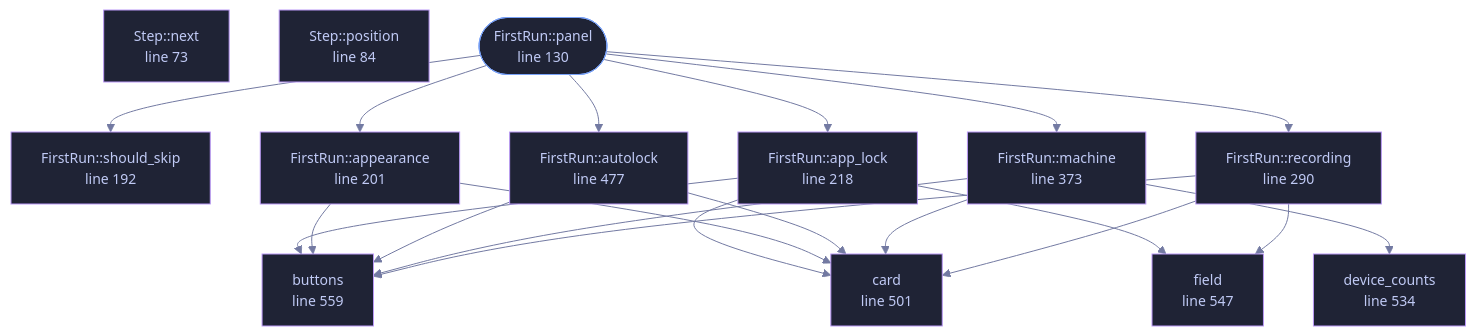
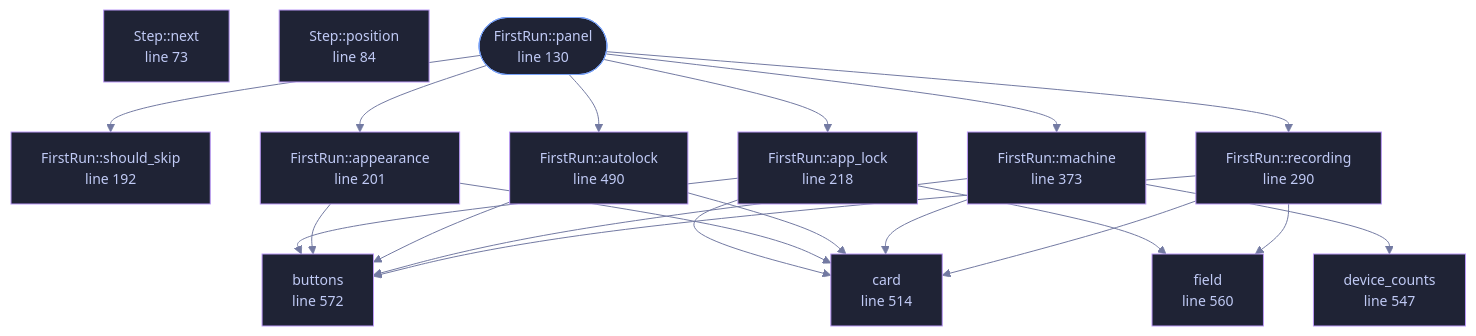
One commit to tilas01/veilvoice changed the diagram in docs/files/veilvoice-gui/firstrun.md. Above: the diagram before and after it, drawn with Mermaid. The commit also changed other lines of this file and 72 other files, not shown here.

First line of the commit message:
The first run asks this machine rather than opening on constants

````diff
--- a/docs/files/veilvoice-gui/firstrun.md
+++ b/docs/files/veilvoice-gui/firstrun.md
@@ -99,53 +99,53 @@
 ```mermaid
 %%{init: {"theme":"base","themeVariables":{"background":"#1a1b26","primaryColor":"#1f2335","primaryTextColor":"#c0caf5","primaryBorderColor":"#7aa2f7","secondaryColor":"#16161e","tertiaryColor":"#16161e","lineColor":"#737aa2","textColor":"#c0caf5","mainBkg":"#1f2335","nodeBorder":"#7aa2f7","clusterBkg":"#16161e","clusterBorder":"#2f3549","fontFamily":"ui-monospace, SFMono-Regular, Consolas, monospace","fontSize":"14px"}}}%%
 flowchart TD
     n_next["Step::next<br/>line 73"]
     n_position["Step::position<br/>line 84"]
     n_panel(["FirstRun::panel<br/>line 130"])
     n_should_skip["FirstRun::should_skip<br/>line 192"]
     n_appearance["FirstRun::appearance<br/>line 201"]
     n_app_lock["FirstRun::app_lock<br/>line 218"]
     n_recording["FirstRun::recording<br/>line 290"]
     n_machine["FirstRun::machine<br/>line 373"]
-    n_autolock["FirstRun::autolock<br/>line 477"]
-    n_card["card<br/>line 501"]
-    n_device_counts["device_counts<br/>line 534"]
-    n_field["field<br/>line 547"]
-    n_buttons["buttons<br/>line 559"]
+    n_autolock["FirstRun::autolock<br/>line 490"]
+    n_card["card<br/>line 514"]
+    n_device_counts["device_counts<br/>line 547"]
+    n_field["field<br/>line 560"]
+    n_buttons["buttons<br/>line 572"]
     n_app_lock --> n_buttons
     n_app_lock --> n_card
     n_app_lock --> n_field
     n_appearance --> n_buttons
     n_appearance --> n_card
     n_autolock --> n_buttons
     n_autolock --> n_card
     n_machine --> n_buttons
     n_machine --> n_card
     n_machine --> n_device_counts
     n_panel --> n_app_lock
     n_panel --> n_appearance
     n_panel --> n_autolock
     n_panel --> n_machine
     n_panel --> n_recording
     n_panel --> n_should_skip
     n_recording --> n_buttons
     n_recording --> n_card
     n_recording --> n_field
     click n_next href "https://github.com/tilas01/veilvoice/blob/main/crates/veilvoice-gui/src/firstrun.rs#L73" "open the source"
     click n_position href "https://github.com/tilas01/veilvoice/blob/main/crates/veilvoice-gui/src/firstrun.rs#L84" "open the source"
     click n_panel href "https://github.com/tilas01/veilvoice/blob/main/crates/veilvoice-gui/src/firstrun.rs#L130" "open the source"
     click n_should_skip href "https://github.com/tilas01/veilvoice/blob/main/crates/veilvoice-gui/src/firstrun.rs#L192" "open the source"
     click n_appearance href "https://github.com/tilas01/veilvoice/blob/main/crates/veilvoice-gui/src/firstrun.rs#L201" "open the source"
     click n_app_lock href "https://github.com/tilas01/veilvoice/blob/main/crates/veilvoice-gui/src/firstrun.rs#L218" "open the source"
     click n_recording href "https://github.com/tilas01/veilvoice/blob/main/crates/veilvoice-gui/src/firstrun.rs#L290" "open the source"
     click n_machine href "https://github.com/tilas01/veilvoice/blob/main/crates/veilvoice-gui/src/firstrun.rs#L373" "open the source"
-    click n_autolock href "https://github.com/tilas01/veilvoice/blob/main/crates/veilvoice-gui/src/firstrun.rs#L477" "open the source"
-    click n_card href "https://github.com/tilas01/veilvoice/blob/main/crates/veilvoice-gui/src/firstrun.rs#L501" "open the source"
-    click n_device_counts href "https://github.com/tilas01/veilvoice/blob/main/crates/veilvoice-gui/src/firstrun.rs#L534" "open the source"
-    click n_field href "https://github.com/tilas01/veilvoice/blob/main/crates/veilvoice-gui/src/firstrun.rs#L547" "open the source"
-    click n_buttons href "https://github.com/tilas01/veilvoice/blob/main/crates/veilvoice-gui/src/firstrun.rs#L559" "open the source"
+    click n_autolock href "https://github.com/tilas01/veilvoice/blob/main/crates/veilvoice-gui/src/firstrun.rs#L490" "open the source"
+    click n_card href "https://github.com/tilas01/veilvoice/blob/main/crates/veilvoice-gui/src/firstrun.rs#L514" "open the source"
+    click n_device_counts href "https://github.com/tilas01/veilvoice/blob/main/crates/veilvoice-gui/src/firstrun.rs#L547" "open the source"
+    click n_field href "https://github.com/tilas01/veilvoice/blob/main/crates/veilvoice-gui/src/firstrun.rs#L560" "open the source"
+    click n_buttons href "https://github.com/tilas01/veilvoice/blob/main/crates/veilvoice-gui/src/firstrun.rs#L572" "open the source"
     classDef entry fill:#1f2335,stroke:#7aa2f7,color:#c0caf5
     class n_panel entry
     classDef helper fill:#1f2335,stroke:#bb9af7,color:#c0caf5
     class n_next,n_position,n_should_skip,n_appearance,n_app_lock,n_recording,n_machine,n_autolock,n_card,n_device_counts,n_field,n_buttons helper
 ```
````
